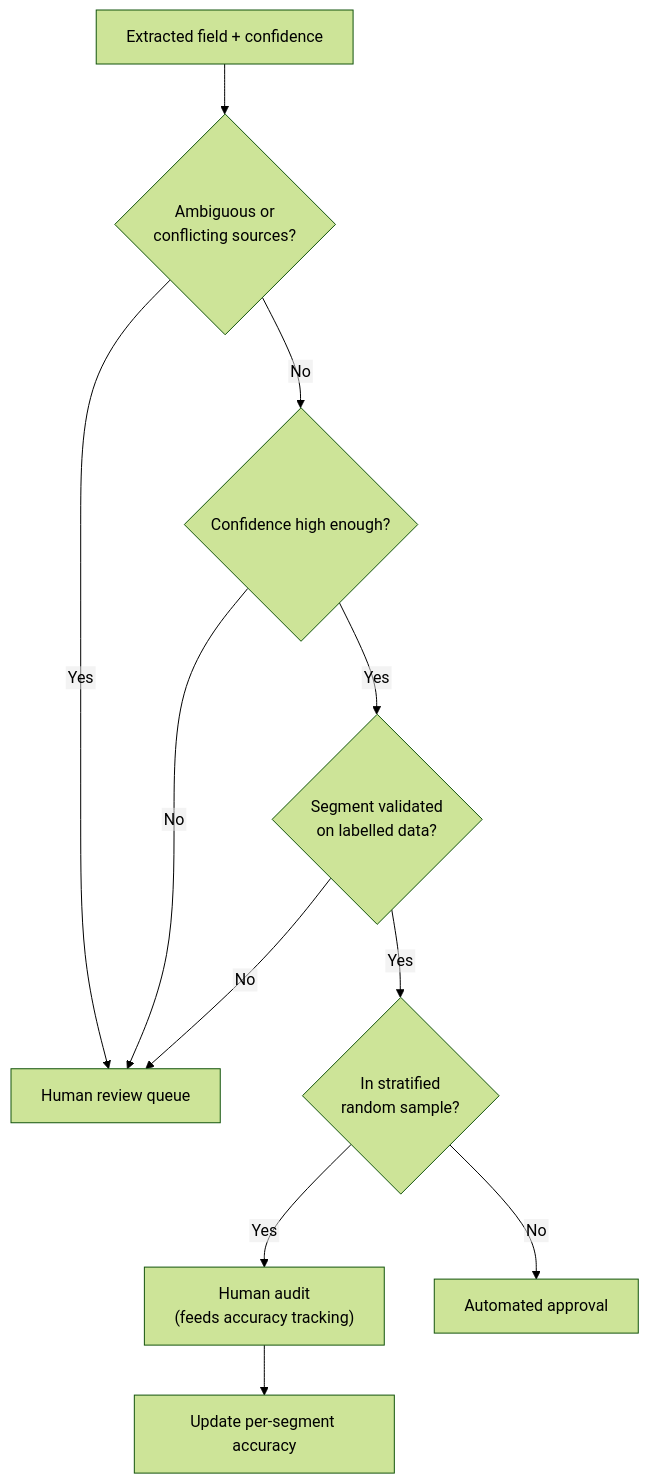
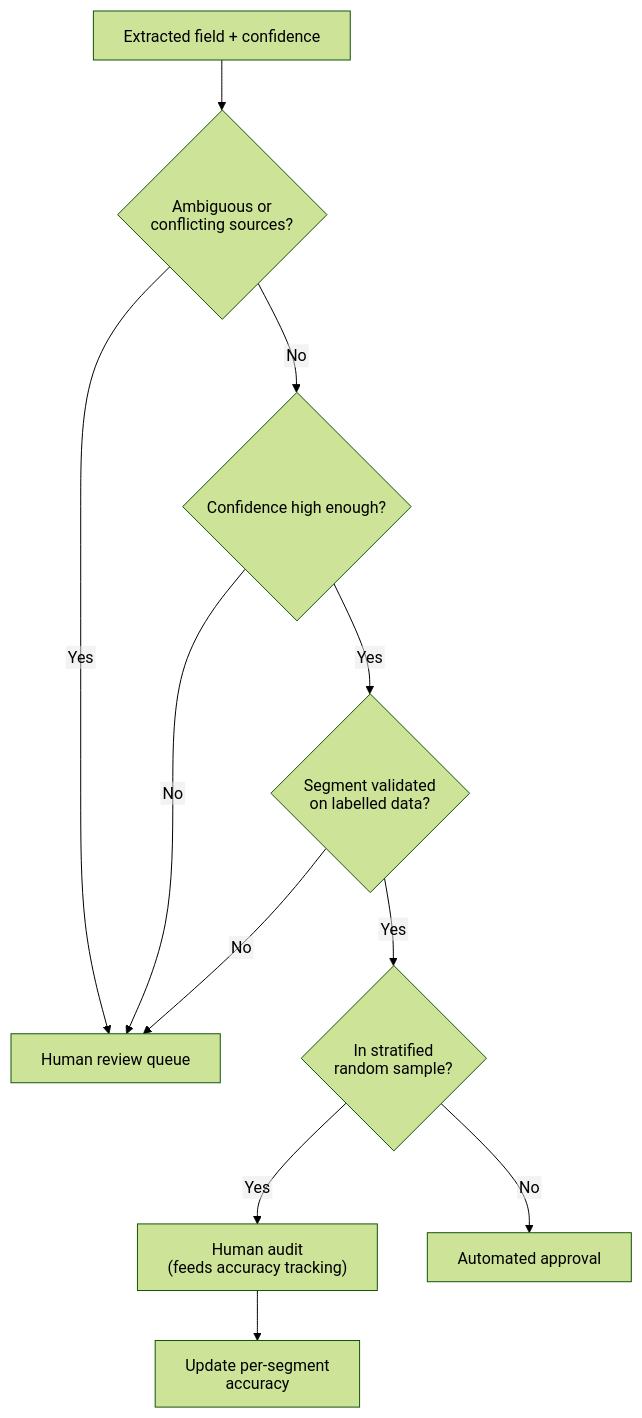
One commit to dip4k/claude_cert_architect_foundation_prep changed the diagram in domain5/ts_5_5_human_review_calibration/README.md. Above: the diagram before and after it, drawn with Mermaid (forest theme). The commit also changed 89 other files, not shown here.

First line of the commit message:
Refactor Mermaid flowchart configurations across multiple files to simplify frontmatter structure

````diff
--- a/domain5/ts_5_5_human_review_calibration/README.md
+++ b/domain5/ts_5_5_human_review_calibration/README.md
@@ -67,18 +67,17 @@
 ```mermaid
 ---
 config:
-  flowchart:
-    htmlLabels: false
+  htmlLabels: false
 ---
 flowchart TD
     Doc["Extracted field + confidence"] --> Sig{"Ambiguous or<br>conflicting sources?"}
     Sig -->|"Yes"| Human["Human review queue"]
     Sig -->|"No"| Conf{"Confidence high enough?"}
     Conf -->|"No"| Human
     Conf -->|"Yes"| Seg{"Segment validated<br>on labelled data?"}
     Seg -->|"No"| Human
     Seg -->|"Yes"| Sample{"In stratified<br>random sample?"}
     Sample -->|"Yes"| Audit["Human audit<br>(feeds accuracy tracking)"]
     Sample -->|"No"| Auto["Automated approval"]
     Audit --> Track["Update per-segment accuracy"]
 ```
````
